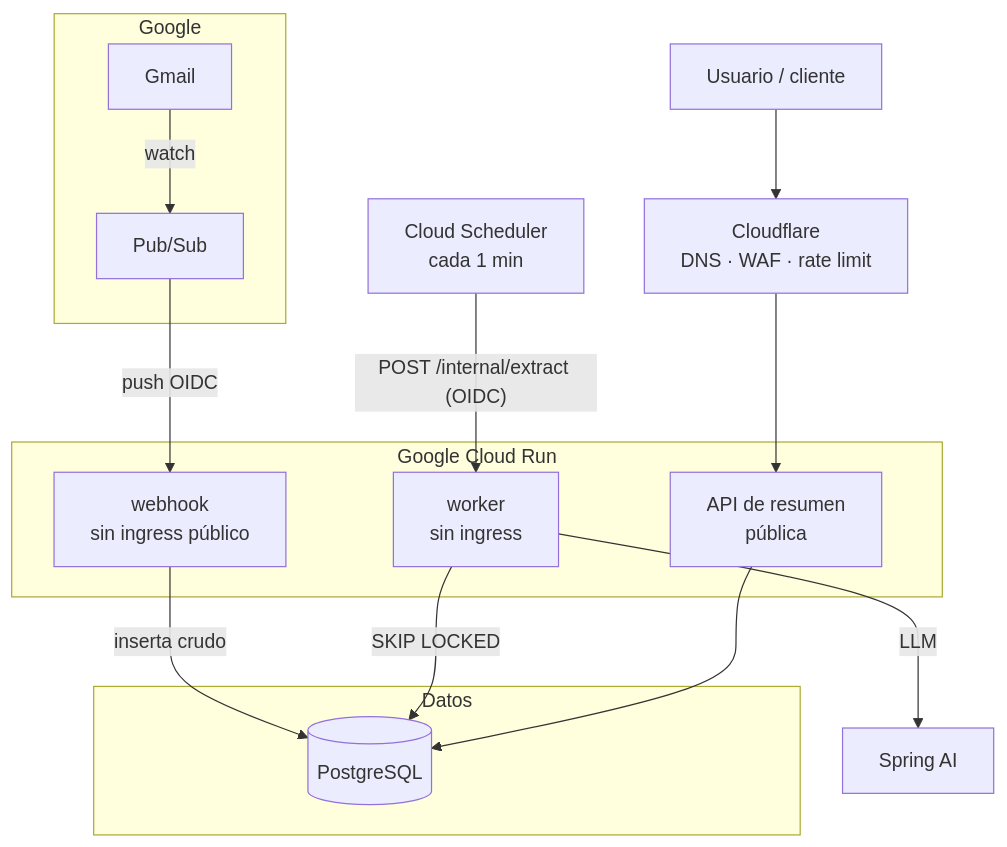
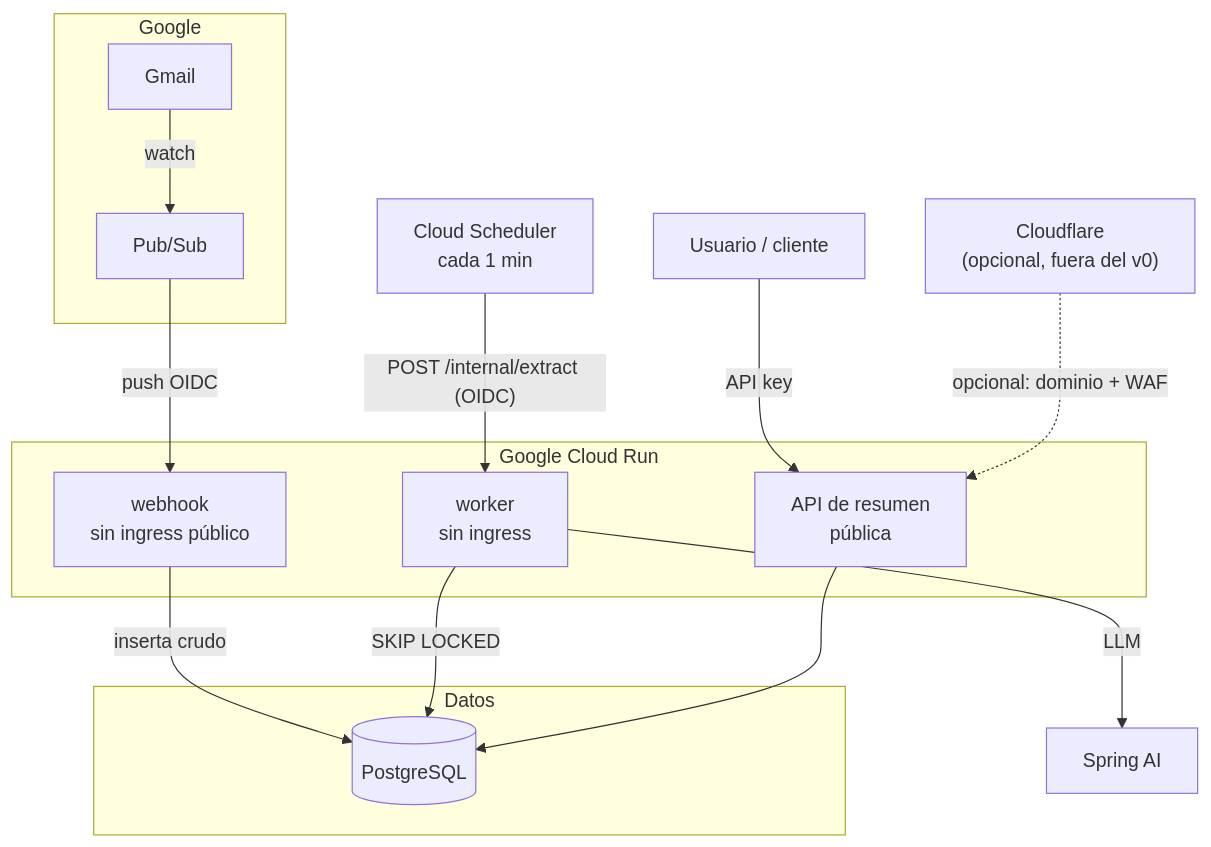
Before and after one commit to fperezlefiman/expense-tracker: the first of 3 diagrams in docs/architecture.md, drawn with Mermaid. The commit also changed other lines of this file and 7 other files, not shown here.

````diff
--- a/docs/architecture.md
+++ b/docs/architecture.md
@@ -8,28 +8,28 @@
 ```mermaid
 flowchart TB
     subgraph Google
         GM[Gmail]
         PS[Pub/Sub]
     end
     subgraph GCP["Google Cloud Run"]
         WH["webhook<br/>sin ingress público"]
         WK["worker<br/>sin ingress"]
         API["API de resumen<br/>pública"]
     end
     SCH["Cloud Scheduler<br/>cada 1 min"]
     subgraph Datos
         PG[("PostgreSQL")]
     end
-    CF1["Cloudflare<br/>DNS · WAF · rate limit"]
+    CF1["Cloudflare<br/>(opcional, fuera del v0)"]
     U["Usuario / cliente"]
 
     GM -->|"watch"| PS
     PS -->|"push OIDC"| WH
     WH -->|"inserta crudo"| PG
     SCH -->|"POST /internal/extract (OIDC)"| WK
     WK -->|"SKIP LOCKED"| PG
     WK -->|"LLM"| EXT["Spring AI"]
-    CF1 --> API
-    U --> CF1
+    U -->|"API key"| API
+    CF1 -.->|"opcional: dominio + WAF"| API
     API --> PG
 ```
````
